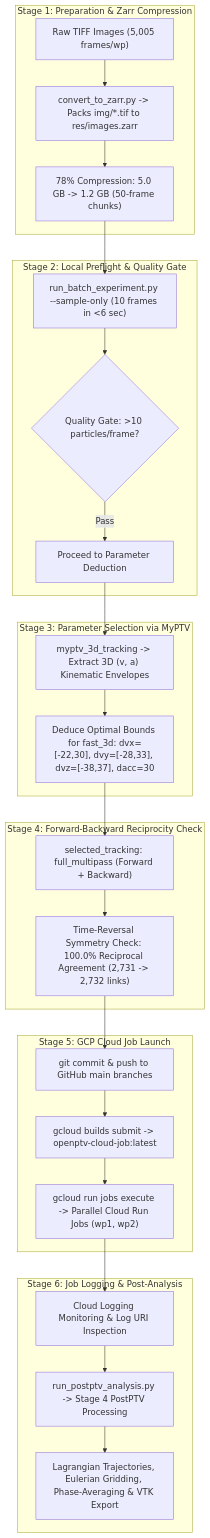
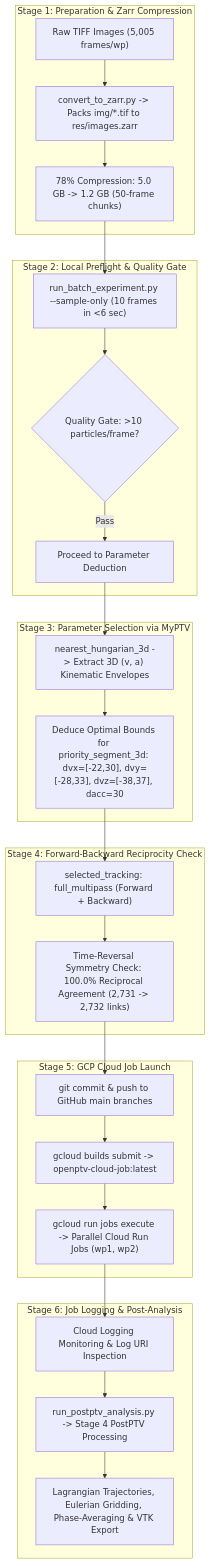
The diagram in docs/TT13_aorta_tutorial.md (alexlib/openptv2), drawn with Mermaid before and after one commit. The commit also changed other lines of this file and 22 other files, not shown here.

````diff
--- a/docs/TT13_aorta_tutorial.md
+++ b/docs/TT13_aorta_tutorial.md
@@ -12,35 +12,35 @@
 ```mermaid
 flowchart TD
     subgraph Stage1 ["Stage 1: Preparation & Zarr Compression"]
         A1["Raw TIFF Images (5,005 frames/wp)"] --> A2["convert_to_zarr.py -> Packs img/*.tif to res/images.zarr"]
         A2 --> A3["78% Compression: 5.0 GB -> 1.2 GB (50-frame chunks)"]
     end
 
     subgraph Stage2 ["Stage 2: Local Preflight & Quality Gate"]
         A3 --> B1["run_batch_experiment.py --sample-only (10 frames in <6 sec)"]
         B1 --> B2{"Quality Gate: >10 particles/frame?"}
         B2 -->|Pass| C1["Proceed to Parameter Deduction"]
     end
 
     subgraph Stage3 ["Stage 3: Parameter Selection via MyPTV"]
-        C1 --> C2["myptv_3d_tracking -> Extract 3D (v, a) Kinematic Envelopes"]
-        C2 --> C3["Deduce Optimal Bounds for fast_3d: dvx=[-22,30], dvy=[-28,33], dvz=[-38,37], dacc=30"]
+        C1 --> C2["nearest_hungarian_3d -> Extract 3D (v, a) Kinematic Envelopes"]
+        C2 --> C3["Deduce Optimal Bounds for priority_segment_3d: dvx=[-22,30], dvy=[-28,33], dvz=[-38,37], dacc=30"]
     end
 
     subgraph Stage4 ["Stage 4: Forward-Backward Reciprocity Check"]
         C3 --> D1["selected_tracking: full_multipass (Forward + Backward)"]
         D1 --> D2["Time-Reversal Symmetry Check: 100.0% Reciprocal Agreement (2,731 -> 2,732 links)"]
     end
 
     subgraph Stage5 ["Stage 5: GCP Cloud Job Launch"]
         D2 --> E1["git commit & push to GitHub main branches"]
         E1 --> E2["gcloud builds submit -> openptv-cloud-job:latest"]
         E2 --> E3["gcloud run jobs execute -> Parallel Cloud Run Jobs (wp1, wp2)"]
     end
 
     subgraph Stage6 ["Stage 6: Job Logging & Post-Analysis"]
         E3 --> F1["Cloud Logging Monitoring & Log URI Inspection"]
         F1 --> F2["run_postptv_analysis.py -> Stage 4 PostPTV Processing"]
         F2 --> F3["Lagrangian Trajectories, Eulerian Gridding, Phase-Averaging & VTK Export"]
     end
 ```
````
